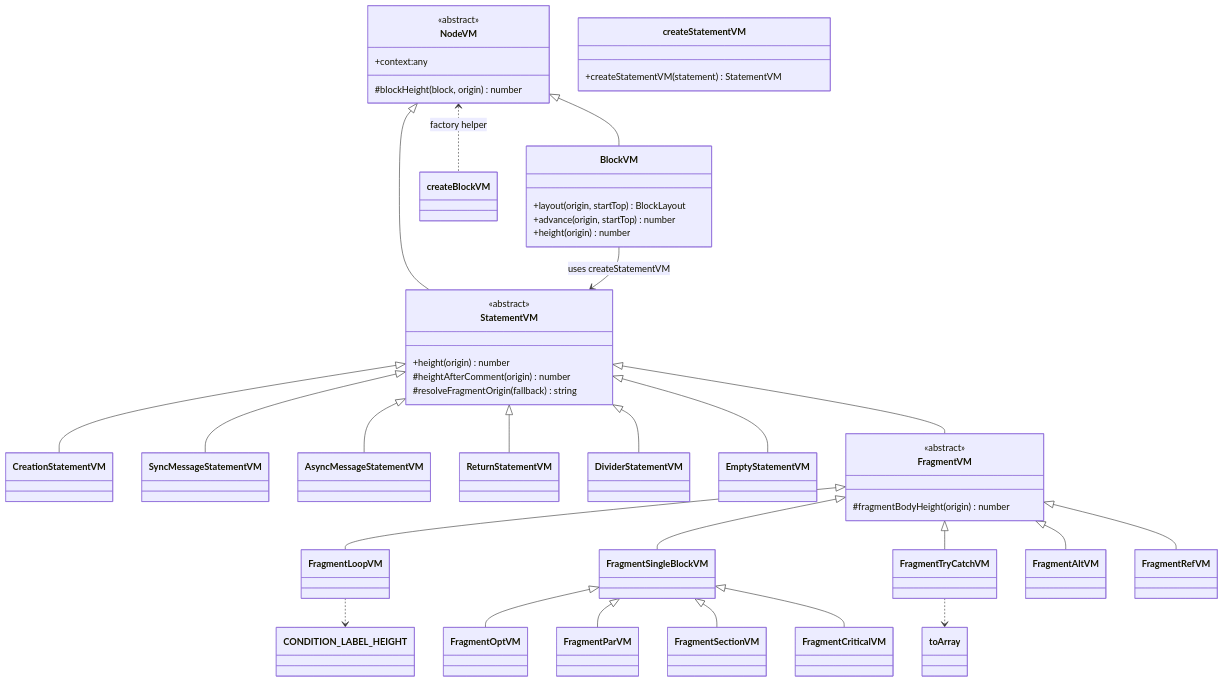
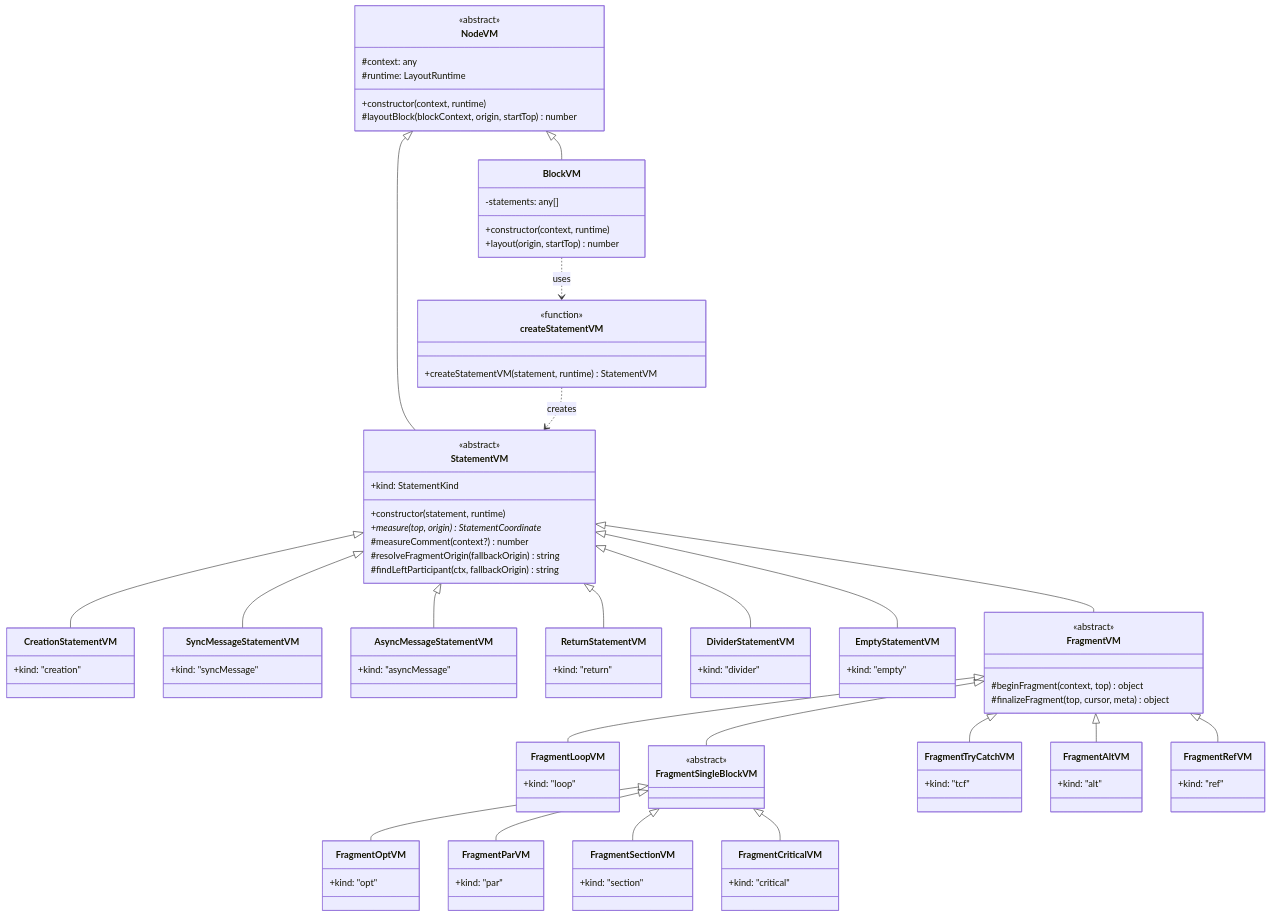
Before and after one commit to mermaid-js/zenuml-core: the diagram in src/vm/README.md, drawn with Mermaid. The commit also changed 1 other file, not shown here.

````diff
--- a/src/vm/README.md
+++ b/src/vm/README.md
@@ -6,32 +6,49 @@
 classDiagram
     class NodeVM {
       <<abstract>>
-      +context:any
-      #blockHeight(block, origin) number
+      #context: any
+      #runtime: LayoutRuntime
+      +constructor(context, runtime)
+      #layoutBlock(blockContext, origin, startTop) number
     }
 
     class BlockVM {
-      +layout(origin, startTop) BlockLayout
-      +advance(origin, startTop) number
-      +height(origin) number
+      -statements: any[]
+      +constructor(context, runtime)
+      +layout(origin, startTop) number
     }
 
     class StatementVM {
       <<abstract>>
-      +height(origin) number
-      #heightAfterComment(origin) number
-      #resolveFragmentOrigin(fallback) string
+      +kind: StatementKind
+      +constructor(statement, runtime)
+      +measure(top, origin)* StatementCoordinate
+      #measureComment(context?) number
+      #resolveFragmentOrigin(fallbackOrigin) string
+      #findLeftParticipant(ctx, fallbackOrigin) string
     }
 
     NodeVM <|-- BlockVM
     NodeVM <|-- StatementVM
 
-    class CreationStatementVM
-    class SyncMessageStatementVM
-    class AsyncMessageStatementVM
-    class ReturnStatementVM
-    class DividerStatementVM
-    class EmptyStatementVM
+    class CreationStatementVM {
+      +kind: "creation"
+    }
+    class SyncMessageStatementVM {
+      +kind: "syncMessage"
+    }
+    class AsyncMessageStatementVM {
+      +kind: "asyncMessage"
+    }
+    class ReturnStatementVM {
+      +kind: "return"
+    }
+    class DividerStatementVM {
+      +kind: "divider"
+    }
+    class EmptyStatementVM {
+      +kind: "empty"
+    }
 
     StatementVM <|-- CreationStatementVM
     StatementVM <|-- SyncMessageStatementVM
@@ -42,20 +59,39 @@
 
     class FragmentVM {
       <<abstract>>
-      #fragmentBodyHeight(origin) number
+      #beginFragment(context, top) object
+      #finalizeFragment(top, cursor, meta) object
     }
 
     StatementVM <|-- FragmentVM
 
-    class FragmentLoopVM
-    class FragmentSingleBlockVM
-    class FragmentOptVM
-    class FragmentParVM
-    class FragmentSectionVM
-    class FragmentCriticalVM
-    class FragmentTryCatchVM
-    class FragmentAltVM
-    class FragmentRefVM
+    class FragmentLoopVM {
+      +kind: "loop"
+    }
+    class FragmentSingleBlockVM {
+      <<abstract>>
+    }
+    class FragmentOptVM {
+      +kind: "opt"
+    }
+    class FragmentParVM {
+      +kind: "par"
+    }
+    class FragmentSectionVM {
+      +kind: "section"
+    }
+    class FragmentCriticalVM {
+      +kind: "critical"
+    }
+    class FragmentTryCatchVM {
+      +kind: "tcf"
+    }
+    class FragmentAltVM {
+      +kind: "alt"
+    }
+    class FragmentRefVM {
+      +kind: "ref"
+    }
 
     FragmentVM <|-- FragmentLoopVM
     FragmentVM <|-- FragmentSingleBlockVM
@@ -68,11 +104,10 @@
     FragmentVM <|-- FragmentRefVM
 
     class createStatementVM {
-      +createStatementVM(statement) StatementVM
+      <<function>>
+      +createStatementVM(statement, runtime) StatementVM
     }
 
-    BlockVM --> StatementVM : uses createStatementVM
-    NodeVM <.. createBlockVM : factory helper
-    FragmentTryCatchVM ..> toArray
-    FragmentLoopVM ..> CONDITION_LABEL_HEIGHT
+    BlockVM ..> createStatementVM : uses
+    createStatementVM ..> StatementVM : creates
 ```
````
